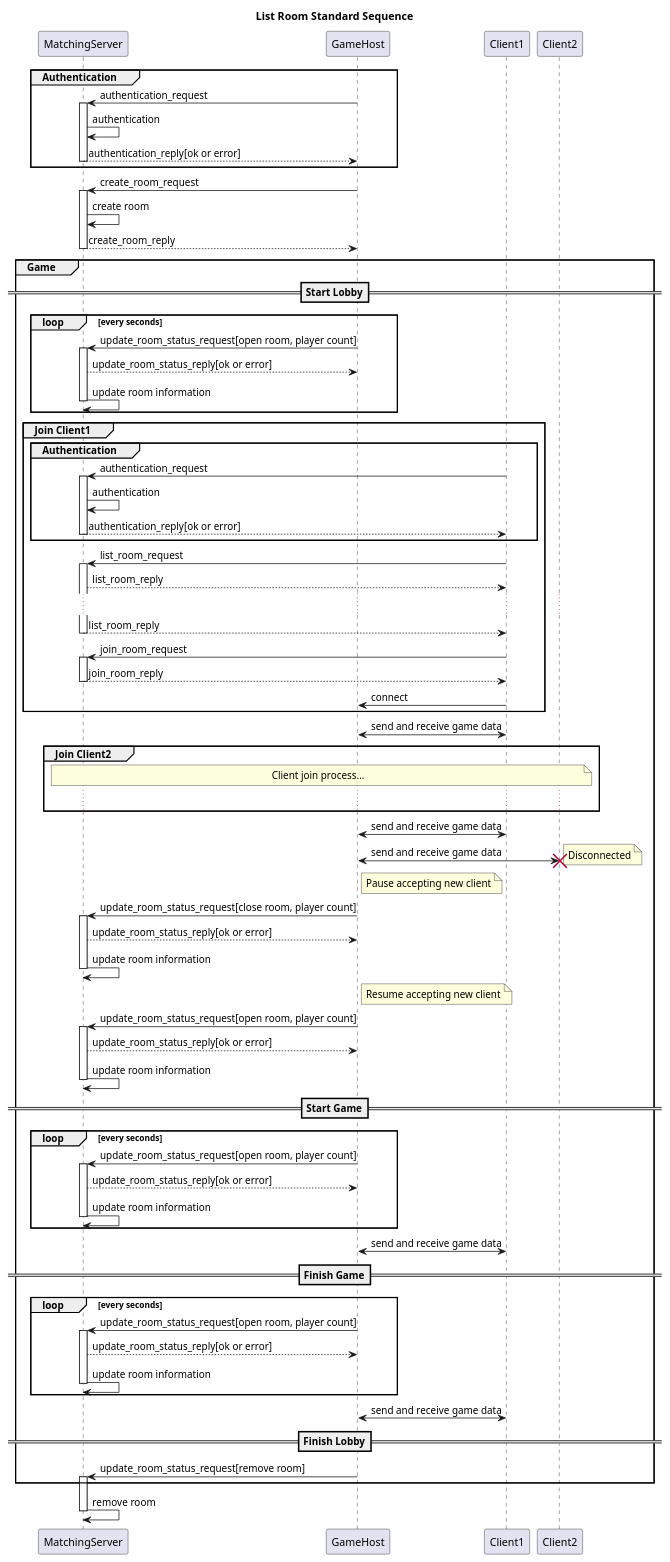
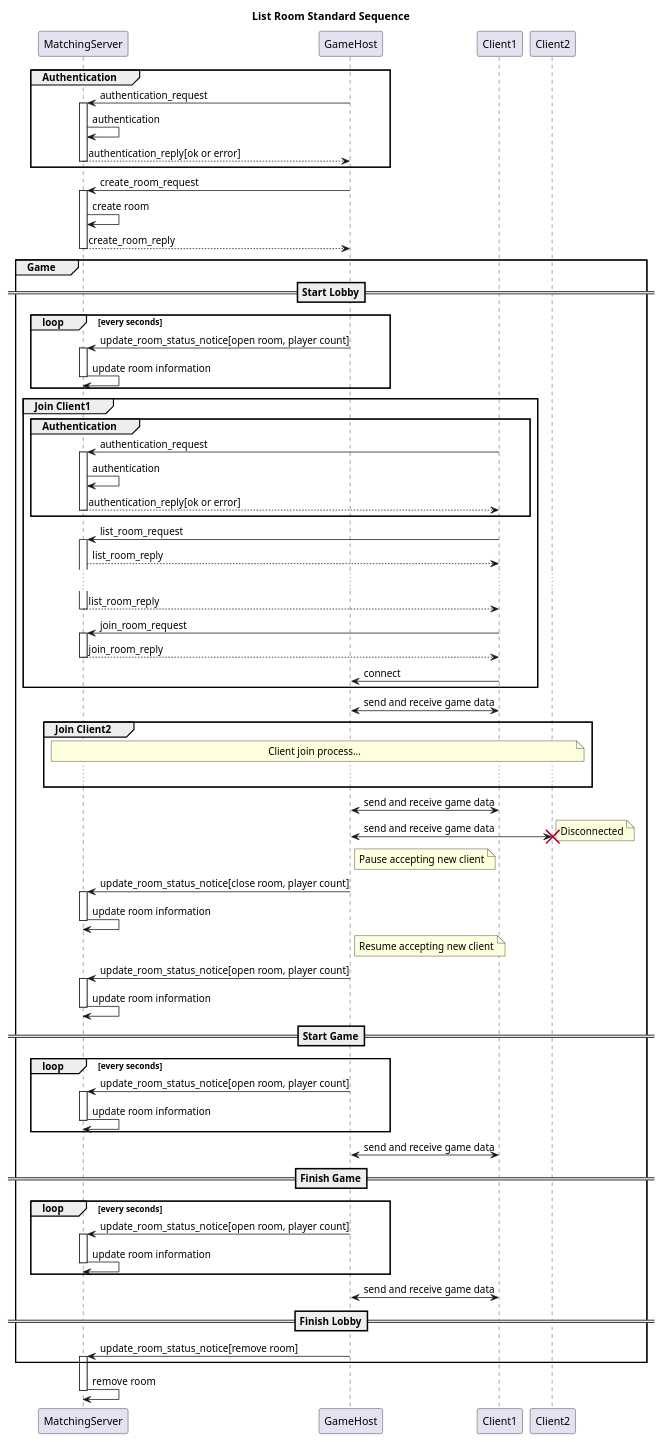
The diagram in Documents/list_room_standard_sequence.plantuml (CdecPGL/PlanetaMatchMaker), drawn with PlantUML before and after one commit. The commit also changed 11 other files, not shown here.

Commit message:
[update] Remove reply process from update_room_status_request_message

```diff
--- a/Documents/list_room_standard_sequence.plantuml
+++ b/Documents/list_room_standard_sequence.plantuml
@@ -1,124 +1,119 @@
 @startuml
 
 title List Room Standard Sequence
 
 participant MatchingServer
 participant GameHost
 participant Client1
 participant Client2
 
 group Authentication
 GameHost -> MatchingServer : authentication_request
 activate MatchingServer
 MatchingServer -> MatchingServer: authentication
 MatchingServer --> GameHost : authentication_reply[ok or error]
 deactivate MatchingServer
 end
 
 GameHost -> MatchingServer : create_room_request
 activate MatchingServer
 MatchingServer -> MatchingServer : create room
 MatchingServer --> GameHost : create_room_reply
 deactivate MatchingServer
 
 group Game
 
 ==Start Lobby==
 
 loop every seconds
-GameHost -> MatchingServer : update_room_status_request[open room, player count]
+GameHost -> MatchingServer : update_room_status_notice[open room, player count]
 activate MatchingServer
-MatchingServer --> GameHost : update_room_status_reply[ok or error]
 MatchingServer -> MatchingServer : update room information
 deactivate MatchingServer
 end
 
 group Join Client1
 
 group Authentication
 Client1 -> MatchingServer : authentication_request
 activate MatchingServer
 MatchingServer -> MatchingServer: authentication
 MatchingServer --> Client1 : authentication_reply[ok or error]
 deactivate MatchingServer
 end
 
 Client1->MatchingServer : list_room_request
 activate MatchingServer
 MatchingServer --> Client1 : list_room_reply
 ...
 MatchingServer --> Client1 : list_room_reply
 deactivate MatchingServer
 
 Client1->MatchingServer : join_room_request
 activate MatchingServer
 MatchingServer --> Client1 : join_room_reply
 deactivate MatchingServer
 Client1->GameHost : connect
 
 end
 
 GameHost<->Client1 : send and receive game data
 
 group Join Client2
 
 note over MatchingServer, Client2: Client join process...
 ...
 
 end
 
 GameHost<->Client1 : send and receive game data
 
 GameHost<->Client2 : send and receive game data
 note right: Disconnected
 destroy Client2
 
 note right of GameHost: Pause accepting new client
-GameHost -> MatchingServer : update_room_status_request[close room, player count]
+GameHost -> MatchingServer : update_room_status_notice[close room, player count]
 activate MatchingServer
-MatchingServer --> GameHost : update_room_status_reply[ok or error]
 MatchingServer -> MatchingServer : update room information
 deactivate MatchingServer
 
 note right of GameHost: Resume accepting new client
-GameHost -> MatchingServer : update_room_status_request[open room, player count]
+GameHost -> MatchingServer : update_room_status_notice[open room, player count]
 activate MatchingServer
-MatchingServer --> GameHost : update_room_status_reply[ok or error]
 MatchingServer -> MatchingServer : update room information
 deactivate MatchingServer
 
 ==Start Game==
 
 loop every seconds
-GameHost -> MatchingServer : update_room_status_request[open room, player count]
+GameHost -> MatchingServer : update_room_status_notice[open room, player count]
 activate MatchingServer
-MatchingServer --> GameHost : update_room_status_reply[ok or error]
 MatchingServer -> MatchingServer : update room information
 deactivate MatchingServer
 end
 
 GameHost<->Client1 : send and receive game data
 
 ==Finish Game==
 
 loop every seconds
-GameHost -> MatchingServer : update_room_status_request[open room, player count]
+GameHost -> MatchingServer : update_room_status_notice[open room, player count]
 activate MatchingServer
-MatchingServer --> GameHost : update_room_status_reply[ok or error]
 MatchingServer -> MatchingServer : update room information
 deactivate MatchingServer
 end
 
 GameHost<->Client1 : send and receive game data
 
 ==Finish Lobby==
 
-GameHost -> MatchingServer : update_room_status_request[remove room]
+GameHost -> MatchingServer : update_room_status_notice[remove room]
 activate MatchingServer
 
 end
 
 MatchingServer -> MatchingServer : remove room
 deactivate MatchingServer
 
 @enduml
```
